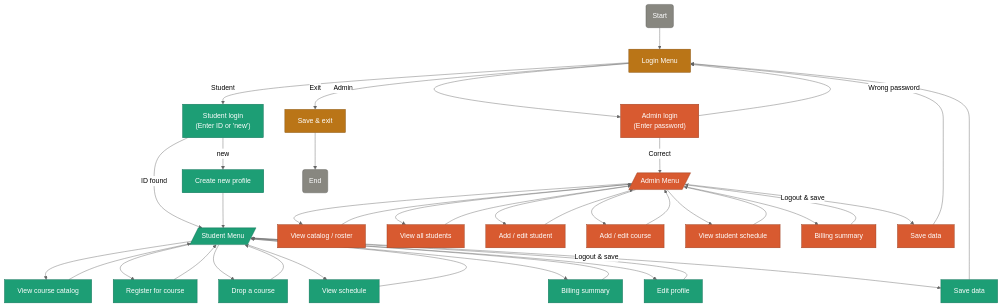
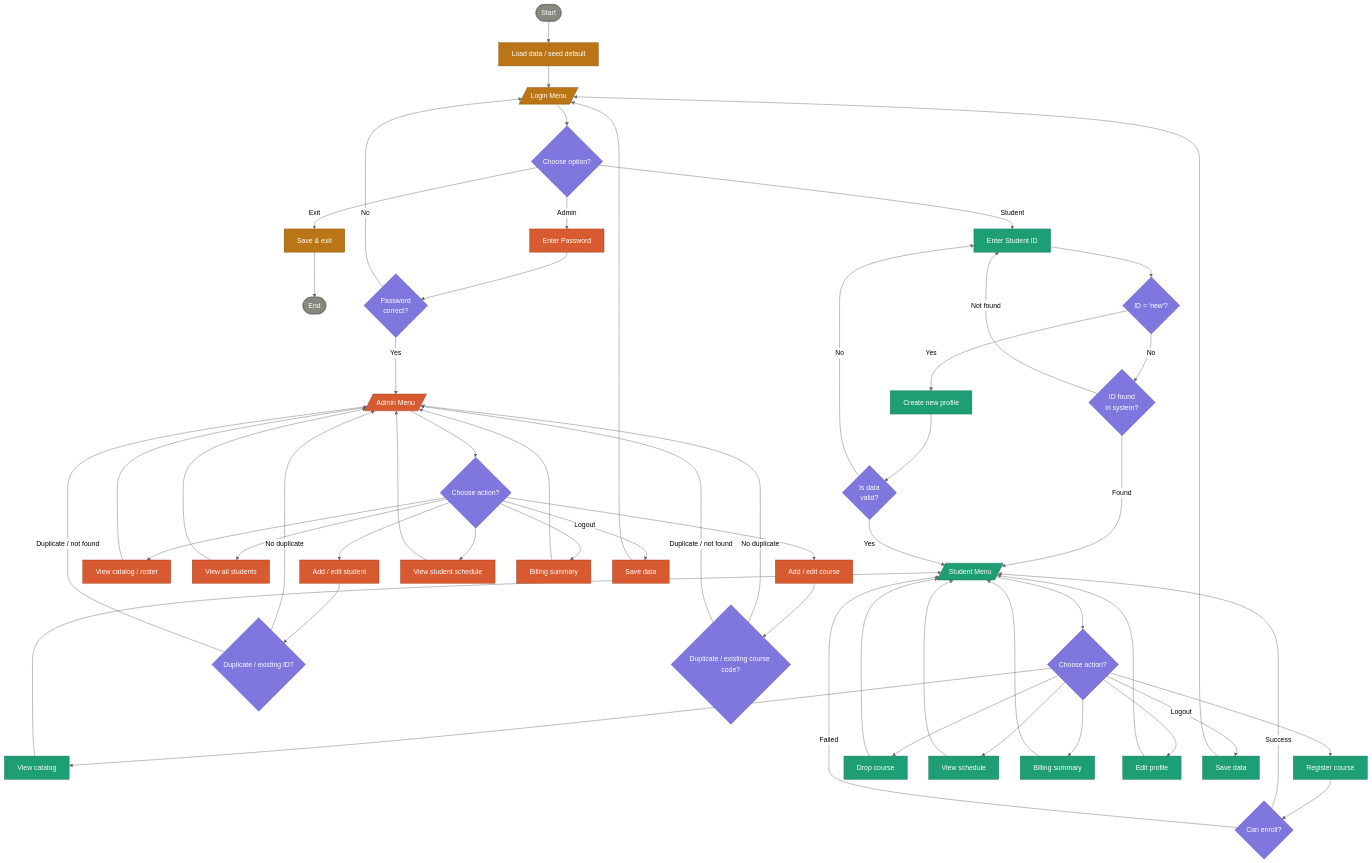
The diagram in README.md (Poschapat/unknownapp), drawn with Mermaid (neutral theme) before and after one commit.

Commit message:
Update flowchart in README for clarity and detail

````diff
--- a/README.md
+++ b/README.md
@@ -11,62 +11,79 @@
 ```mermaid
 flowchart TD
-    START(Start) --> LOGIN
+    START([Start]) --> INIT["Load data / seed default"]
+    INIT --> LOGIN
 
-    LOGIN[Login Menu]
-
-    LOGIN -->|Student| SLOGIN
-    LOGIN -->|Admin| ALOGIN
-    LOGIN -->|Exit| SAVE_EXIT
+    LOGIN[/"Login Menu"/]
+    LOGIN --> D_LOGIN{Choose option?}
+    D_LOGIN -->|Student| SLOGIN["Enter Student ID"]
+    D_LOGIN -->|Admin| ALOGIN["Enter Password"]
+    D_LOGIN -->|Exit| SAVE_EXIT["Save & exit"]
+    SAVE_EXIT --> END([End])
 
     %% ── Student path ──────────────────────────────
-    SLOGIN["Student login\n(Enter ID or 'new')"]
-    SLOGIN -->|new| CREATE["Create new profile"]
-    SLOGIN -->|ID found| SMENU
+    SLOGIN --> D_ID{"ID = 'new'?"}
+    D_ID -->|Yes| CREATE["Create new profile"]
+    D_ID -->|No| D_FOUND{"ID found\nin system?"}
+    D_FOUND -->|Not found| SLOGIN
+    D_FOUND -->|Found| SMENU
 
-    CREATE --> SMENU
+    CREATE --> D_VALID{"Is data\nvalid?"}
+    D_VALID -->|No| SLOGIN
+    D_VALID -->|Yes| SMENU
 
     SMENU[/"Student Menu"/]
-    SMENU --> S1["View course catalog"]
-    SMENU --> S2["Register for course"]
-    SMENU --> S3["Drop a course"]
-    SMENU --> S4["View schedule"]
-    SMENU --> S5["Billing summary"]
-    SMENU --> S6["Edit profile"]
-    SMENU -->|Logout & save| SAVE_S["Save data"]
+    SMENU --> D_SMENU{Choose action?}
+    D_SMENU --> S1["View catalog"]
+    D_SMENU --> S2["Register course"]
+    D_SMENU --> S3["Drop course"]
+    D_SMENU --> S4["View schedule"]
+    D_SMENU --> S5["Billing summary"]
+    D_SMENU --> S6["Edit profile"]
+    D_SMENU -->|Logout| SAVE_S["Save data"]
 
-    S1 & S2 & S3 & S4 & S5 & S6 --> SMENU
+    S2 --> D_ENROLL{"Can enroll?"}
+    D_ENROLL -->|Success| SMENU
+    D_ENROLL -->|Failed| SMENU
+
+    S1 & S3 & S4 & S5 & S6 --> SMENU
     SAVE_S --> LOGIN
 
     %% ── Admin path ─────────────────────────────────
-    ALOGIN["Admin login\n(Enter password)"]
-    ALOGIN -->|Wrong password| LOGIN
-    ALOGIN -->|Correct| AMENU
+    ALOGIN --> D_PWD{"Password\ncorrect?"}
+    D_PWD -->|No| LOGIN
+    D_PWD -->|Yes| AMENU
 
     AMENU[/"Admin Menu"/]
-    AMENU --> A1["View catalog / roster"]
-    AMENU --> A2["View all students"]
-    AMENU --> A3["Add / edit student"]
-    AMENU --> A4["Add / edit course"]
-    AMENU --> A5["View student schedule"]
-    AMENU --> A6["Billing summary"]
-    AMENU -->|Logout & save| SAVE_A["Save data"]
+    AMENU --> D_AMENU{Choose action?}
+    D_AMENU --> A1["View catalog / roster"]
+    D_AMENU --> A2["View all students"]
+    D_AMENU --> A3["Add / edit student"]
+    D_AMENU --> A4["Add / edit course"]
+    D_AMENU --> A5["View student schedule"]
+    D_AMENU --> A6["Billing summary"]
+    D_AMENU -->|Logout| SAVE_A["Save data"]
 
-    A1 & A2 & A3 & A4 & A5 & A6 --> AMENU
+    A3 --> D_STUD{"Duplicate / existing ID?"}
+    D_STUD -->|No duplicate| AMENU
+    D_STUD -->|Duplicate / not found| AMENU
+
+    A4 --> D_COURSE{"Duplicate / existing course code?"}
+    D_COURSE -->|No duplicate| AMENU
+    D_COURSE -->|Duplicate / not found| AMENU
+
+    A1 & A2 & A5 & A6 --> AMENU
     SAVE_A --> LOGIN
 
-    %% ── Exit ────────────────────────────────────────
-    SAVE_EXIT["Save & exit"]
-    SAVE_EXIT --> END(End)
-
     %% ── Styles ──────────────────────────────────────
-    classDef teal  fill:#1D9E75,stroke:#0F6E56,color:#fff
-    classDef coral fill:#D85A30,stroke:#993C1D,color:#fff
-    classDef amber fill:#BA7517,stroke:#854F0B,color:#fff
-    classDef gray  fill:#888780,stroke:#5F5E5A,color:#fff
-    classDef purple fill:#7F77DD,stroke:#534AB7,color:#fff
+    classDef teal   fill:#1D9E75,stroke:#0F6E56,color:#fff
+    classDef coral  fill:#D85A30,stroke:#993C1D,color:#fff
+    classDef amber  fill:#BA7517,stroke:#854F0B,color:#fff
+    classDef gray   fill:#888780,stroke:#5F5E5A,color:#fff
+    classDef decide fill:#7F77DD,stroke:#534AB7,color:#fff
 
     class SLOGIN,CREATE,SMENU,S1,S2,S3,S4,S5,S6,SAVE_S teal
     class ALOGIN,AMENU,A1,A2,A3,A4,A5,A6,SAVE_A coral
-    class LOGIN,SAVE_EXIT amber
+    class LOGIN,INIT,SAVE_EXIT amber
     class START,END gray
+    class D_LOGIN,D_ID,D_FOUND,D_VALID,D_SMENU,D_ENROLL,D_PWD,D_AMENU,D_STUD,D_COURSE decide
 ```
````
